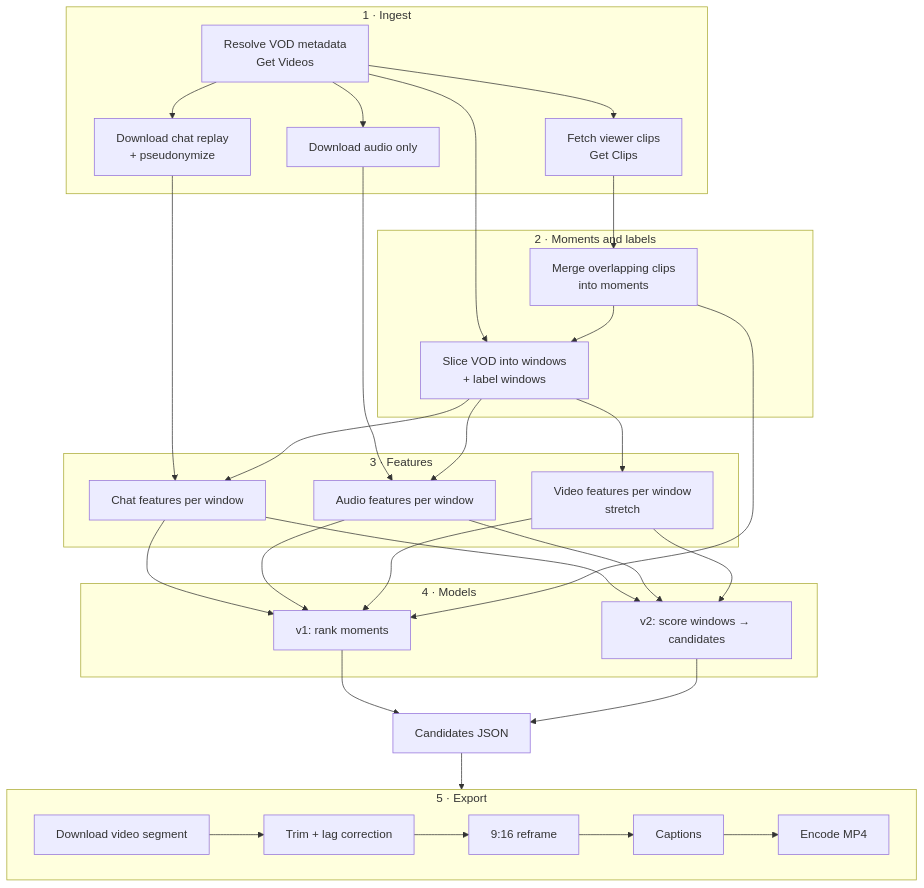
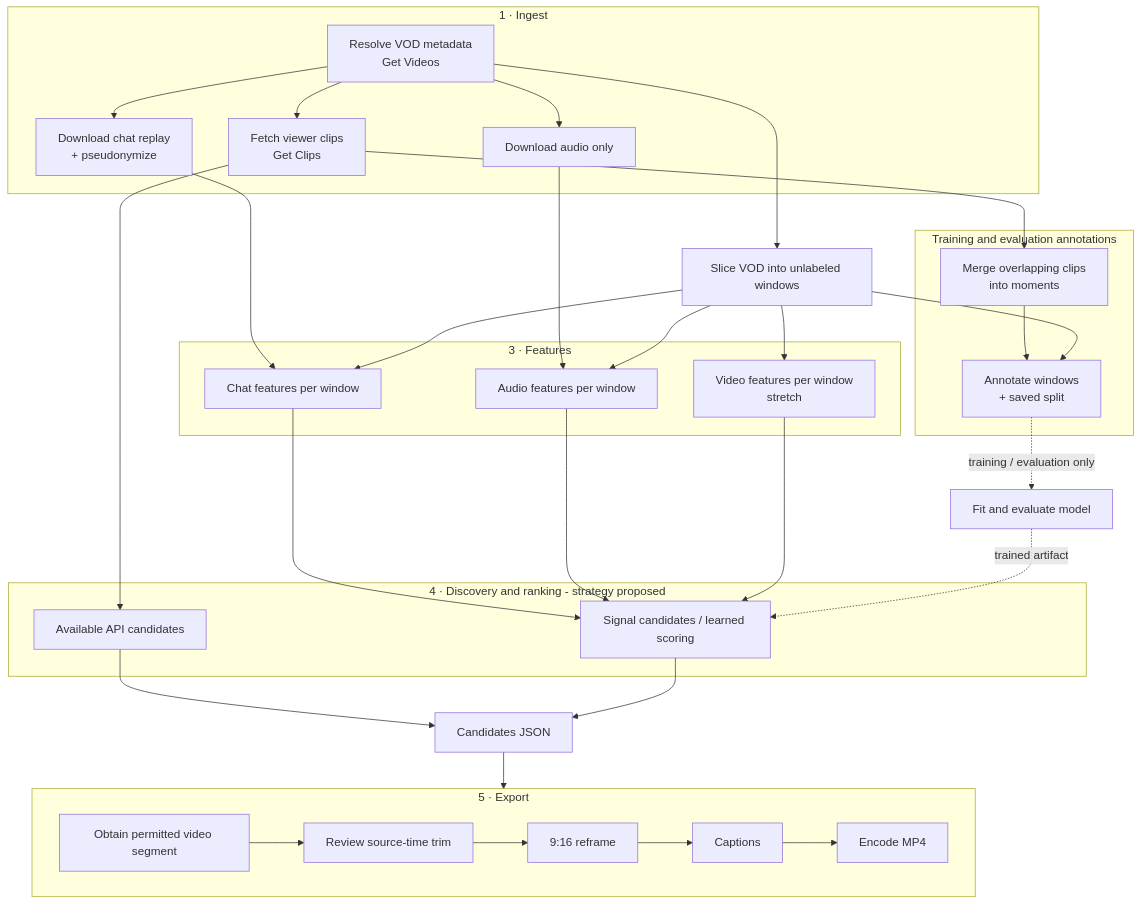
Before and after one commit to adillpickles/AutoClipper: the second of 2 diagrams in docs/architecture/overview.md, drawn with Mermaid. The commit also changed other lines of this file and 40 other files, not shown here.

````diff
--- a/docs/architecture/overview.md
+++ b/docs/architecture/overview.md
@@ -35,36 +35,40 @@
 ```mermaid
 flowchart TD
     subgraph ingest [1 · Ingest]
         A1[Resolve VOD metadata<br/>Get Videos] --> A2[Fetch viewer clips<br/>Get Clips]
         A1 --> A3[Download chat replay<br/>+ pseudonymize]
         A1 --> A4[Download audio only]
     end
-    subgraph label [2 · Moments and labels]
+    subgraph label [Training and evaluation annotations]
         B1[Merge overlapping clips<br/>into moments]
-        B2[Slice VOD into windows<br/>+ label windows]
+        L[Annotate windows<br/>+ saved split]
     end
+    B2[Slice VOD into unlabeled windows]
     subgraph feat [3 · Features]
         C1[Chat features per window]
         C2[Audio features per window]
         C3[Video features per window<br/>stretch]
     end
-    subgraph model [4 · Models]
-        D1[v1: rank moments]
-        D2[v2: score windows → candidates]
+    subgraph model [4 · Discovery and ranking - strategy proposed]
+        D1[Available API candidates]
+        D2[Signal candidates / learned scoring]
     end
     subgraph export [5 · Export]
-        E1[Download video segment] --> E2[Trim + lag correction]
+        E1[Obtain permitted video segment] --> E2[Review source-time trim]
         E2 --> E3[9:16 reframe] --> E4[Captions] --> E5[Encode MP4]
     end
 
     A2 --> B1
     A1 --> B2
-    B1 --> B2
+    B1 --> L
+    B2 --> L
     A3 --> C1
     A4 --> C2
     B2 --> C1 & C2 & C3
-    C1 & C2 & C3 --> D1 & D2
-    B1 --> D1
+    C1 & C2 & C3 --> D2
+    A2 --> D1
+    L -. training / evaluation only .-> T[Fit and evaluate model]
+    T -. trained artifact .-> D2
     D1 & D2 --> F[Candidates JSON]
     F --> export
 ```
````
